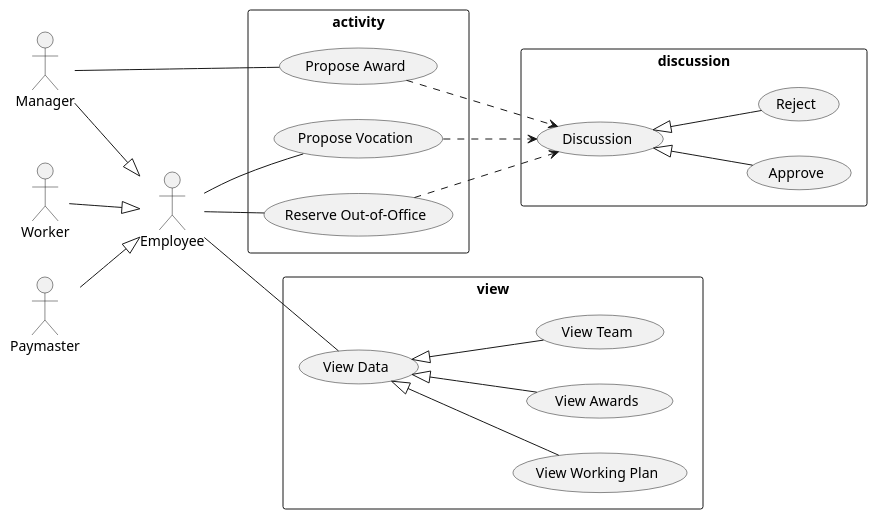
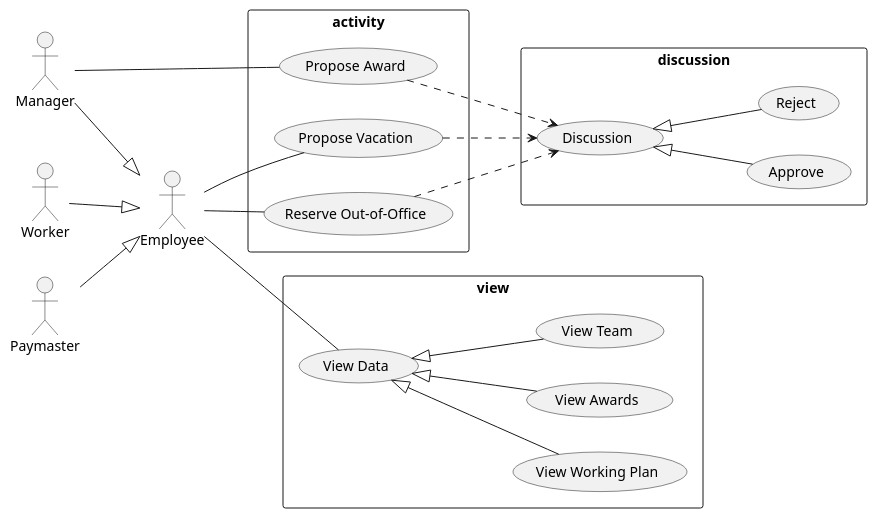
Before and after one commit to JohnKhandygo/EM: the diagram in diagrams/use case/use cases.puml, drawn with PlantUML. The commit also changed 5 other files, not shown here.

Commit message:
update spelling in diagrams.

```diff
--- a/diagrams/use case/use cases.puml
+++ b/diagrams/use case/use cases.puml
@@ -1,51 +1,51 @@
 @startuml
 left to right direction
 
 :Employee: as employee
 :Worker: as worker
 :Manager: as manager
 :Paymaster: as paymaster
 
 worker --|> employee
 manager --|> employee
 paymaster --|> employee
 
 rectangle discussion {
   (Discussion) as d
   (Approve) as a
   (Reject) as c
 
   a -up-|> d
   c -up-|> d
 }
 
 rectangle activity {
   (Propose Award) as pa
-  (Propose Vocation) as pv
+  (Propose Vacation) as pv
   (Reserve Out-of-Office) as rooo
 
   pa ..> d
   rooo ..> d
   pv ..> d
 }
 
 employee -- rooo
 employee -- pv
 manager -- pa
 
 rectangle view {
   (View Data) as vd
 
   (View Working Plan) as vwp
   (View Awards) as va
   (View Team) as vt
 
 
   vwp -up-|> vd
   va -up-|> vd
   vt -up-|> vd
 }
 
 employee -- vd
 
 @enduml
```
